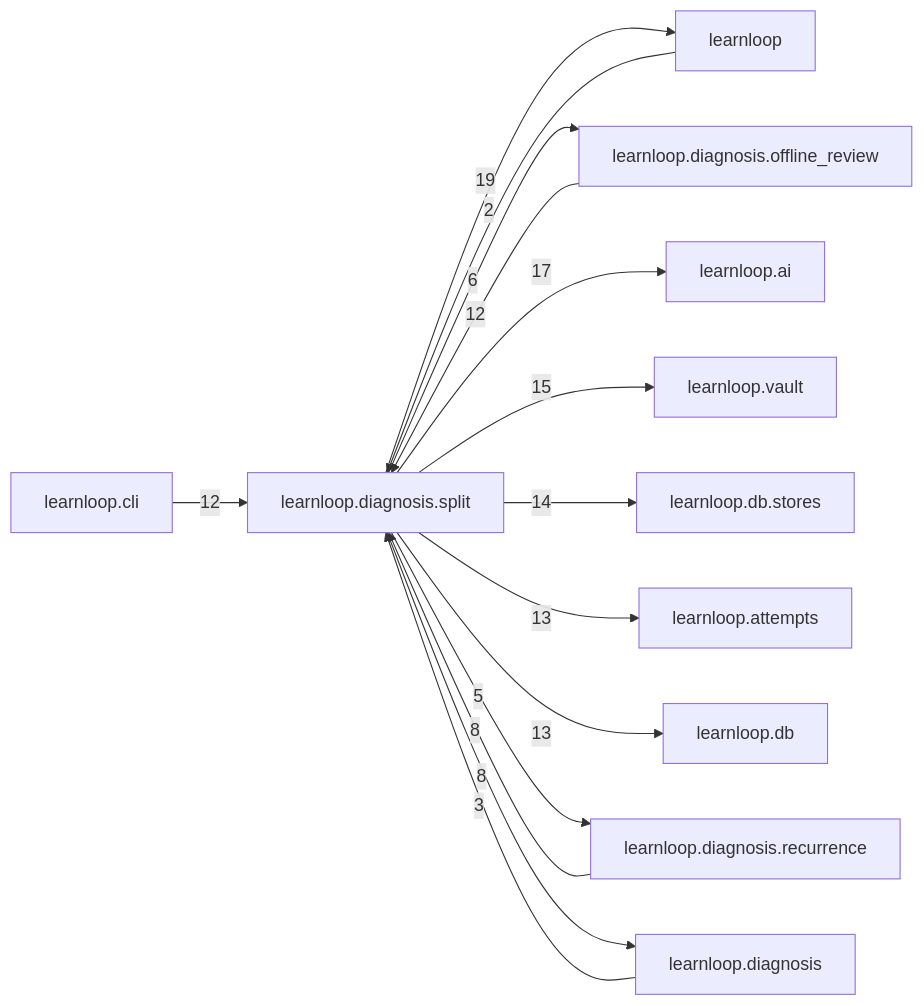
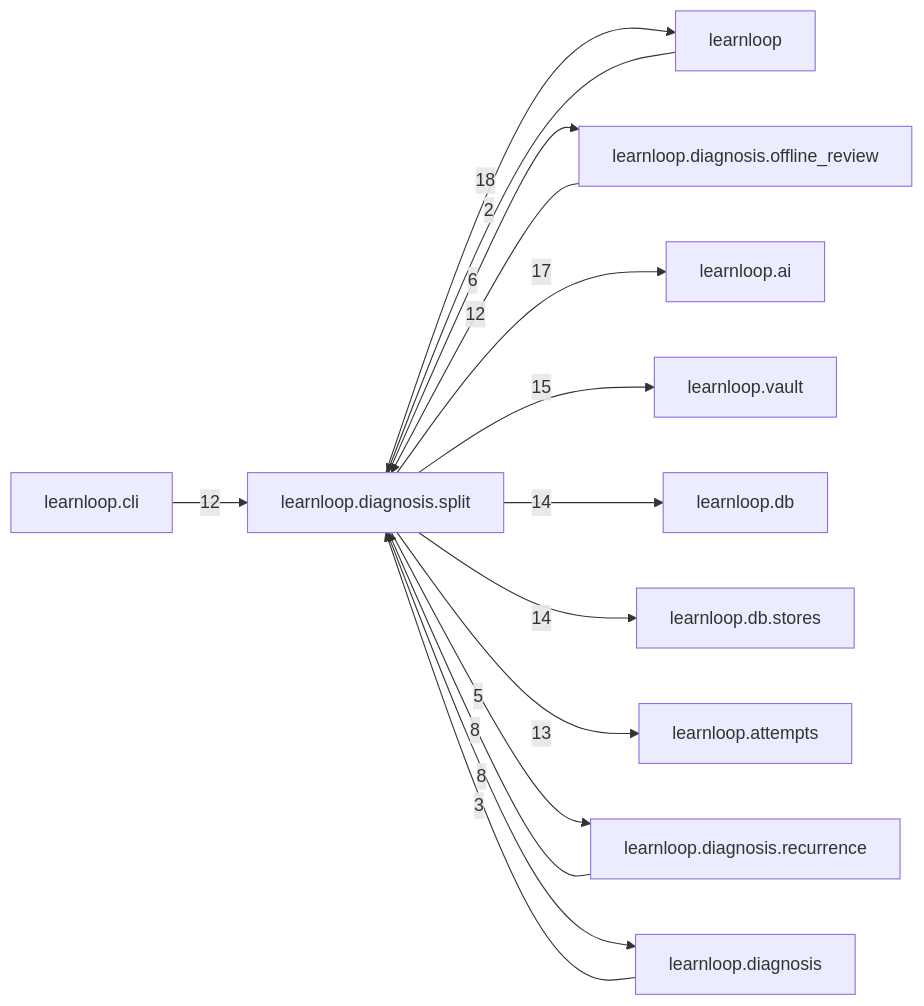
Before and after one commit to 6up-b/learnanything: the diagram in docs/learnloop-architecture-vault/Reference/Modules/learnloop/diagnosis/split/_package.md, drawn with Mermaid. The commit also changed other lines of this file and 258 other files, not shown here.

````diff
--- a/docs/learnloop-architecture-vault/Reference/Modules/learnloop/diagnosis/split/_package.md
+++ b/docs/learnloop-architecture-vault/Reference/Modules/learnloop/diagnosis/split/_package.md
@@ -121,28 +121,28 @@
 ```mermaid
 flowchart LR
     center["learnloop.diagnosis.split"]
     n_learnloop["learnloop"]
     n_learnloop_diagnosis_offline_review["learnloop.diagnosis.offline_review"]
     n_learnloop_ai["learnloop.ai"]
     n_learnloop_vault["learnloop.vault"]
+    n_learnloop_db["learnloop.db"]
     n_learnloop_db_stores["learnloop.db.stores"]
     n_learnloop_attempts["learnloop.attempts"]
-    n_learnloop_db["learnloop.db"]
     n_learnloop_diagnosis_recurrence["learnloop.diagnosis.recurrence"]
     n_learnloop_cli["learnloop.cli"]
     n_learnloop_diagnosis["learnloop.diagnosis"]
     n_learnloop -->|2| center
-    center -->|19| n_learnloop
+    center -->|18| n_learnloop
     n_learnloop_diagnosis_offline_review -->|12| center
     center -->|6| n_learnloop_diagnosis_offline_review
     center -->|17| n_learnloop_ai
     center -->|15| n_learnloop_vault
+    center -->|14| n_learnloop_db
     center -->|14| n_learnloop_db_stores
     center -->|13| n_learnloop_attempts
-    center -->|13| n_learnloop_db
     n_learnloop_diagnosis_recurrence -->|8| center
     center -->|5| n_learnloop_diagnosis_recurrence
     n_learnloop_cli -->|12| center
     n_learnloop_diagnosis -->|3| center
     center -->|8| n_learnloop_diagnosis
 ```
````
